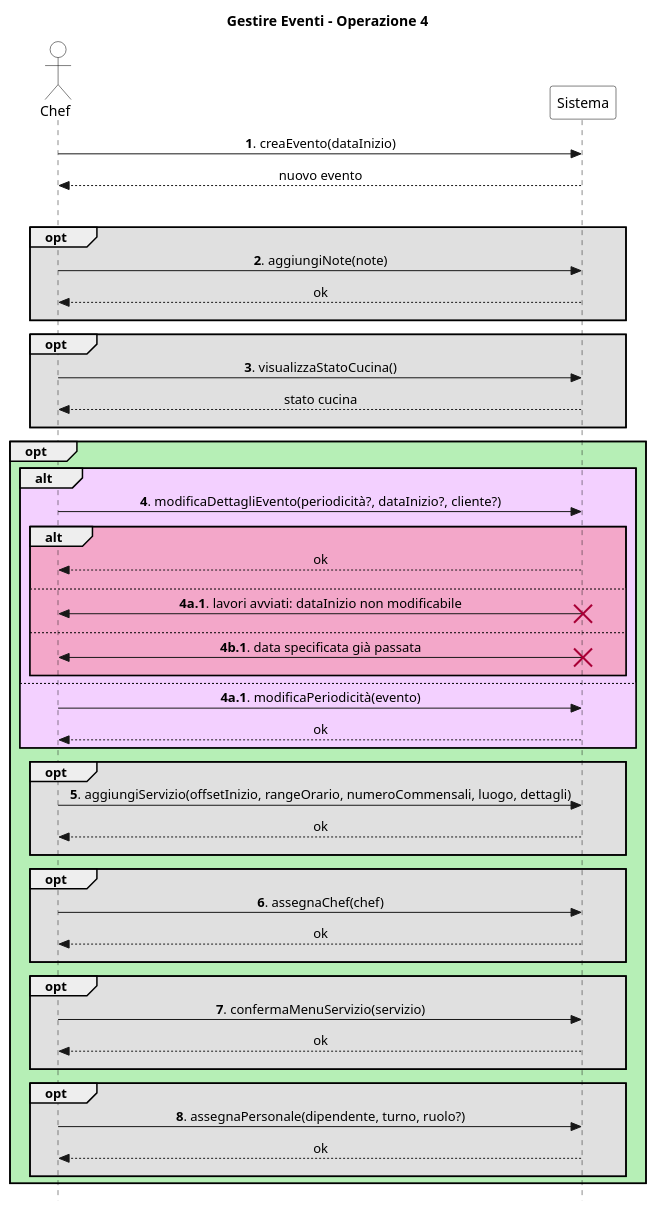
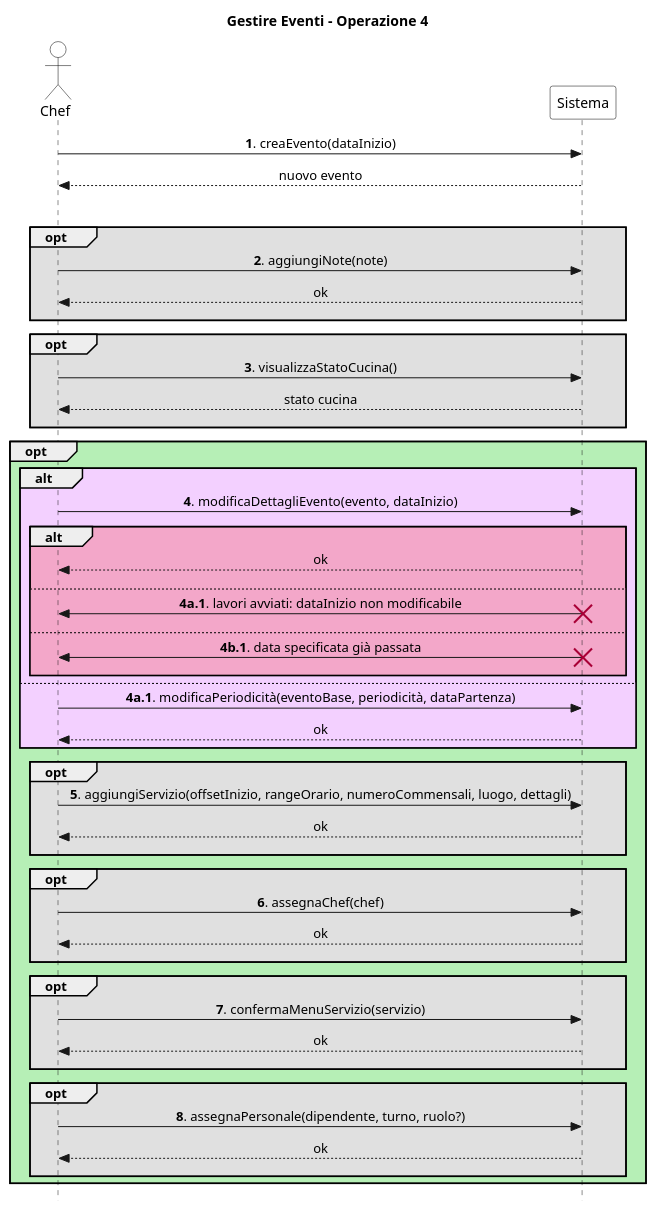
One commit to stefa168/sas-project changed the diagram in UP/Requisiti/UC Gestire Eventi/SSD/Estensioni-Eccezioni Op4.puml. Above: the diagram before and after it, drawn with PlantUML. The commit also changed 4 other files, not shown here.

```diff
--- a/UP/Requisiti/UC Gestire Eventi/SSD/Estensioni-Eccezioni Op4.puml
+++ b/UP/Requisiti/UC Gestire Eventi/SSD/Estensioni-Eccezioni Op4.puml
@@ -1,77 +1,77 @@
 @startuml
 skinparam Style strictuml
 skinparam SequenceMessageAlign center
 
 skinparam sequence {
     ActorBorderColor Black
     ActorBackgroundColor White
     ParticipantBorderColor Black
     ParticipantBackgroundColor White
 }
 
 actor Chef
 participant Sistema
 
 title Gestire Eventi - Operazione 4
 
 Chef -> Sistema: **1**. creaEvento(dataInizio)
 return nuovo evento
 
 loop #e0e0e0
     opt #e0e0e0
         Chef -> Sistema: **2**. aggiungiNote(note)
         return ok
         ||10||
     end
 
     opt #e0e0e0
         Chef -> Sistema: **3**. visualizzaStatoCucina()
         return stato cucina
         ||10||
     end
 
     opt #b6efb6
         alt #f3d0ff
-            Chef -> Sistema: **4**. modificaDettagliEvento(periodicità?, dataInizio?, cliente?)
+            Chef -> Sistema: **4**. modificaDettagliEvento(evento, dataInizio)
             alt #f3a7c9
                 return ok
                 ||10||
             else
                 Chef <- Sistema: **4a.1**. lavori avviati: dataInizio non modificabile
                 destroy Sistema
                 ||10||
              else
                 Chef <- Sistema: **4b.1**. data specificata già passata
                 destroy Sistema
                 ||10||
             end
         else
-            Chef -> Sistema: **4a.1**. modificaPeriodicità(evento)
+            Chef -> Sistema: **4a.1**. modificaPeriodicità(eventoBase, periodicità, dataPartenza)
             return ok
     end
 
     opt #e0e0e0
         Chef -> Sistema: **5**. aggiungiServizio(offsetInizio, rangeOrario, numeroCommensali, luogo, dettagli)
         return ok
         ||10||
     end
 
     opt #e0e0e0
         Chef -> Sistema: **6**. assegnaChef(chef)
         return ok
         ||10||
     end
 
     opt #e0e0e0
         Chef -> Sistema: **7**. confermaMenuServizio(servizio)
         return ok
         ||10||
     end
 
     opt #e0e0e0
         Chef -> Sistema: **8**. assegnaPersonale(dipendente, turno, ruolo?)
         return ok
         ||10||
     end
 end
 @enduml
```
